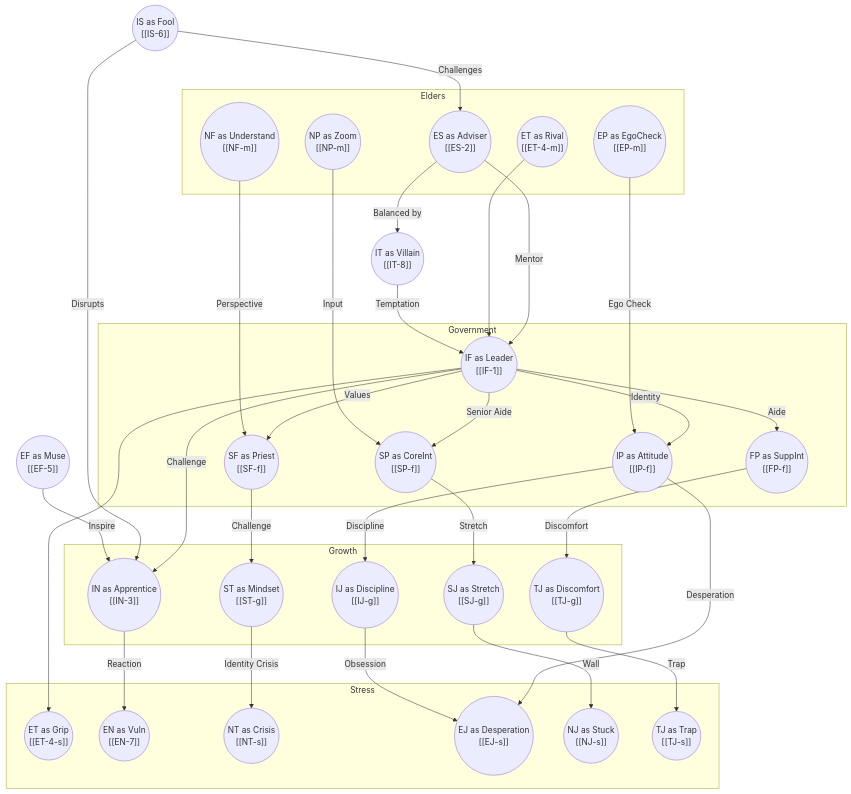
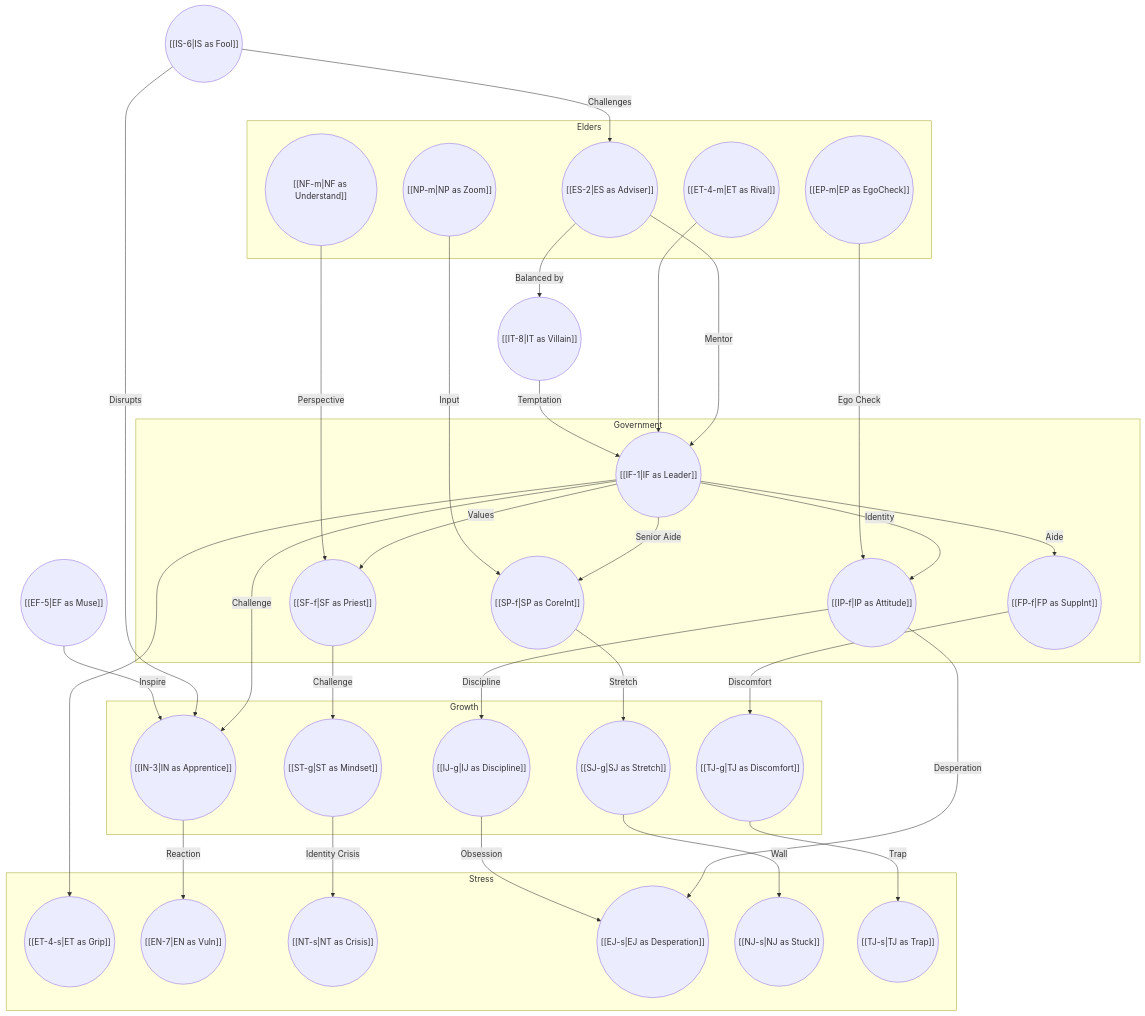
One commit to avengerpenguin/roles changed the diagram in roles/ISFP.md. Above: the diagram before and after it, drawn with Mermaid. The commit also changed 20 other files, not shown here.

```diff
--- a/roles/ISFP.md
+++ b/roles/ISFP.md
@@ -7,53 +7,53 @@
 %%classDef default width:25%;
 
 
-Muse(("EF as Muse<br>[[EF-5]]"))
+Muse(("[[EF-5|EF as Muse]]"))
 
-Leader(("IF as Leader<br>[[IF-1]]"))
+Leader(("[[IF-1|IF as Leader]]"))
 
-Fool(("IS as Fool<br>[[IS-6]]"))
+Fool(("[[IS-6|IS as Fool]]"))
 
-Priest(("SF as Priest<br>[[SF-f]]"))
+Priest(("[[SF-f|SF as Priest]]"))
 
-Attitude(("IP as Attitude<br>[[IP-f]]"))
+Attitude(("[[IP-f|IP as Attitude]]"))
 
-CoreInt(("SP as CoreInt<br>[[SP-f]]"))
+CoreInt(("[[SP-f|SP as CoreInt]]"))
 
-SuppInt(("FP as SuppInt<br>[[FP-f]]"))
+SuppInt(("[[FP-f|FP as SuppInt]]"))
 
-Grip(("ET as Grip<br>[[ET-4-s]]"))
+Grip(("[[ET-4-s|ET as Grip]]"))
 
-Vuln(("EN as Vuln<br>[[EN-7]]"))
+Vuln(("[[EN-7|EN as Vuln]]"))
 
-Crisis(("NT as Crisis<br>[[NT-s]]"))
+Crisis(("[[NT-s|NT as Crisis]]"))
 
-Desperation(("EJ as Desperation<br>[[EJ-s]]"))
+Desperation(("[[EJ-s|EJ as Desperation]]"))
 
-Stuck(("NJ as Stuck<br>[[NJ-s]]"))
+Stuck(("[[NJ-s|NJ as Stuck]]"))
 
-Trap(("TJ as Trap<br>[[TJ-s]]"))
+Trap(("[[TJ-s|TJ as Trap]]"))
 
-Rival(("ET as Rival<br>[[ET-4-m]]"))
+Rival(("[[ET-4-m|ET as Rival]]"))
 
-Adviser(("ES as Adviser<br>[[ES-2]]"))
+Adviser(("[[ES-2|ES as Adviser]]"))
 
-Villain(("IT as Villain<br>[[IT-8]]"))
+Villain(("[[IT-8|IT as Villain]]"))
 
-EgoCheck(("EP as EgoCheck<br>[[EP-m]]"))
+EgoCheck(("[[EP-m|EP as EgoCheck]]"))
 
-Zoom(("NP as Zoom<br>[[NP-m]]"))
+Zoom(("[[NP-m|NP as Zoom]]"))
 
-Understand(("NF as Understand<br>[[NF-m]]"))
+Understand(("[[NF-m|NF as Understand]]"))
 
-Apprentice(("IN as Apprentice<br>[[IN-3]]"))
+Apprentice(("[[IN-3|IN as Apprentice]]"))
 
-Stretch(("SJ as Stretch<br>[[SJ-g]]"))
+Stretch(("[[SJ-g|SJ as Stretch]]"))
 
-Discipline(("IJ as Discipline<br>[[IJ-g]]"))
+Discipline(("[[IJ-g|IJ as Discipline]]"))
 
-Mindset(("ST as Mindset<br>[[ST-g]]"))
+Mindset(("[[ST-g|ST as Mindset]]"))
 
-Discomfort(("TJ as Discomfort<br>[[TJ-g]]"))
+Discomfort(("[[TJ-g|TJ as Discomfort]]"))
 
 
 subgraph Government
```
